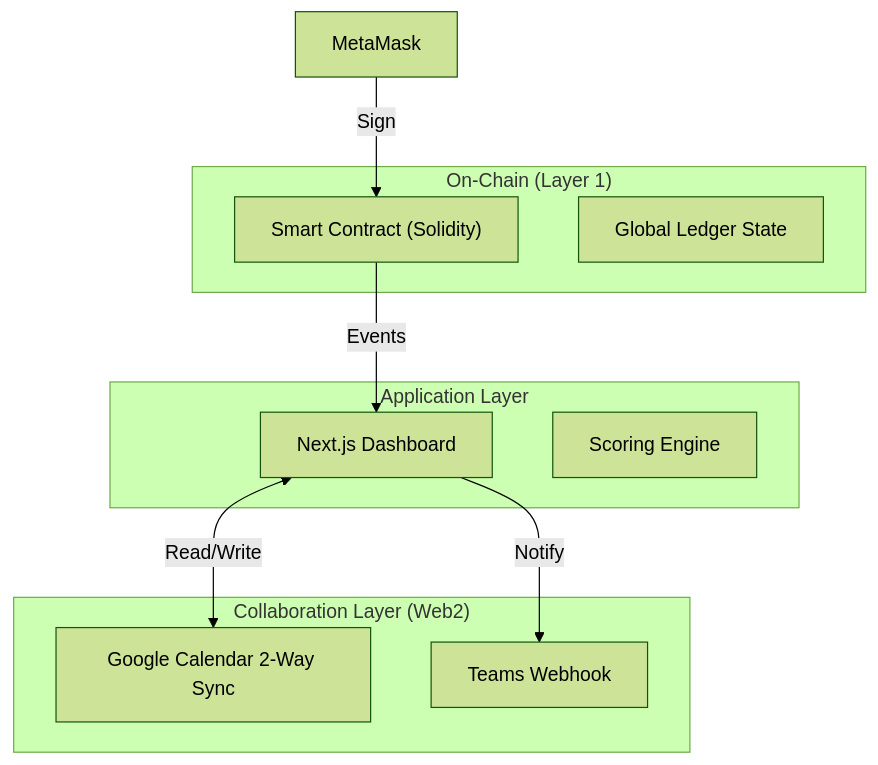
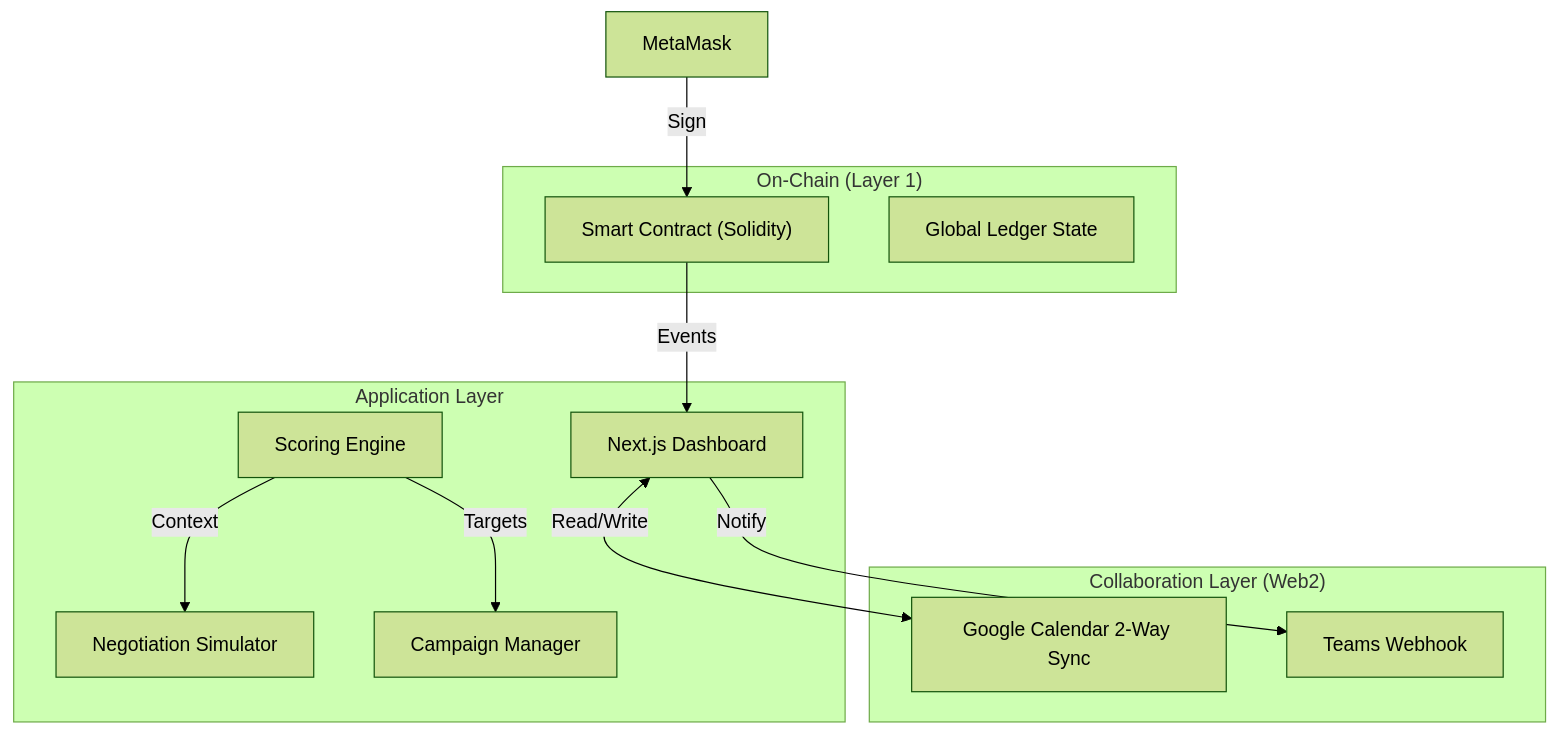
The diagram in System/P2_OVERVIEW.md (SafeGiantJacket/ARC), drawn with Mermaid (forest theme) before and after one commit. The commit also changed other lines of this file and 5 other files, not shown here.

````diff
--- a/System/P2_OVERVIEW.md
+++ b/System/P2_OVERVIEW.md
@@ -15,22 +15,26 @@
 ```mermaid
 graph TD
     subgraph "On-Chain (Layer 1)"
         Contract["Smart Contract (Solidity)"]
         State["Global Ledger State"]
     end
 
     subgraph "Collaboration Layer (Web2)"
         Cal["Google Calendar 2-Way Sync"]
         Teams["Teams Webhook"]
     end
 
     subgraph "Application Layer"
         UI["Next.js Dashboard"]
         Logic["Scoring Engine"]
+        Sim["Negotiation Simulator"]
+        Camp["Campaign Manager"]
     end
 
     Contract --> |Events| UI
     UI <--> |Read/Write| Cal
     UI --> |Notify| Teams
+    Logic --> |Context| Sim
+    Logic --> |Targets| Camp
     User["MetaMask"] --> |Sign| Contract
 ```
````
